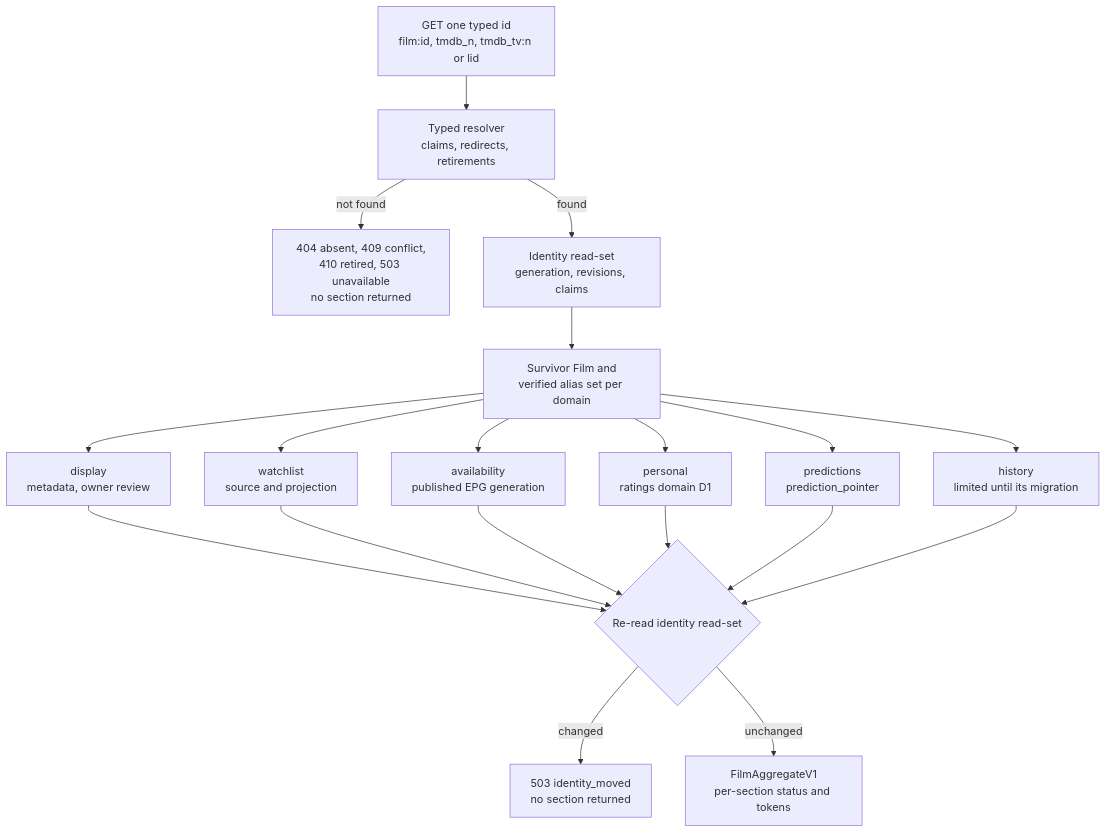
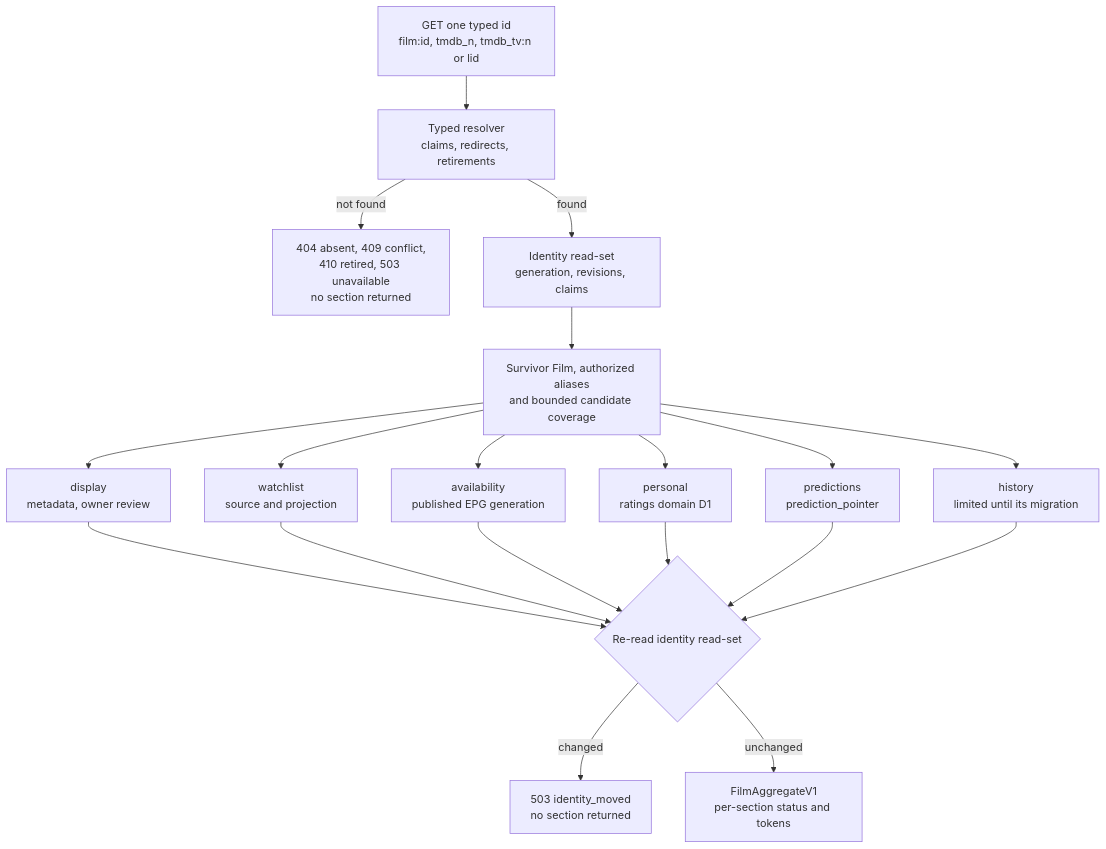
The fourth of 8 diagrams in docs/architecture/film-person-lifecycle.md (vladimino/iptv-watchlist), drawn with Mermaid before and after one commit. The commit also changed 3 other files, not shown here.

````diff
--- a/docs/architecture/film-person-lifecycle.md
+++ b/docs/architecture/film-person-lifecycle.md
@@ -92,35 +92,35 @@
 ```mermaid
 flowchart TB
     req["GET one typed id<br/>film:id, tmdb_n, tmdb_tv:n or lid"]
     resolve["Typed resolver<br/>claims, redirects, retirements"]
     fatal["404 absent, 409 conflict,<br/>410 retired, 503 unavailable<br/>no section returned"]
     readset["Identity read-set<br/>generation, revisions, claims"]
-    ids["Survivor Film and<br/>verified alias set per domain"]
+    ids["Survivor Film, authorized aliases<br/>and bounded candidate coverage"]
     display["display<br/>metadata, owner review"]
     watch["watchlist<br/>source and projection"]
     avail["availability<br/>published EPG generation"]
     personal["personal<br/>ratings domain D1"]
     pred["predictions<br/>prediction_pointer"]
     history["history<br/>limited until its migration"]
     fence{"Re-read identity read-set"}
     moved["503 identity_moved<br/>no section returned"]
     agg["FilmAggregateV1<br/>per-section status and tokens"]
     req --> resolve
     resolve -->|not found| fatal
     resolve -->|found| readset
     readset --> ids
     ids --> display
     ids --> watch
     ids --> avail
     ids --> personal
     ids --> pred
     ids --> history
     display --> fence
     watch --> fence
     avail --> fence
     personal --> fence
     pred --> fence
     history --> fence
     fence -->|changed| moved
     fence -->|unchanged| agg
 ```
````
